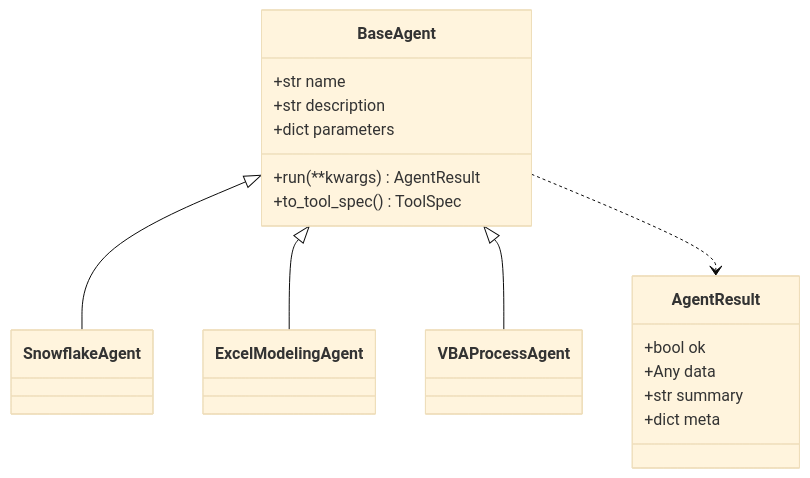
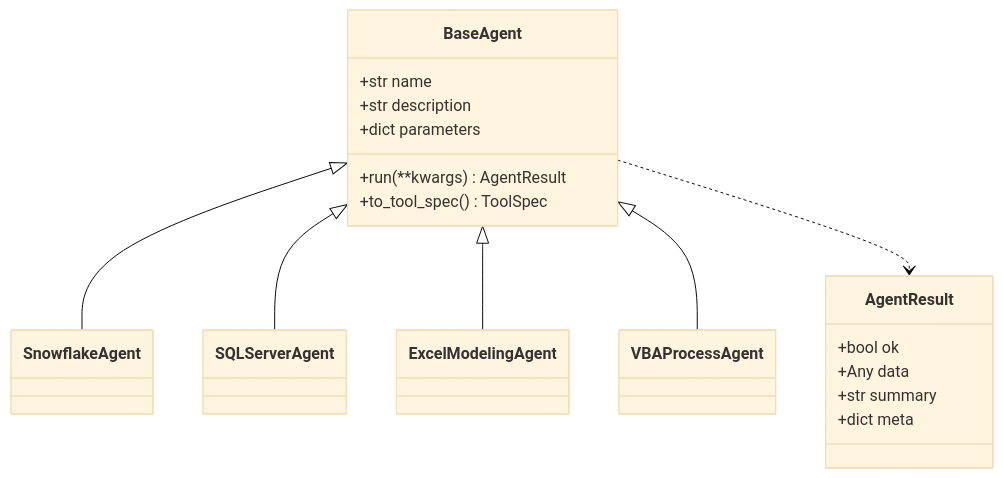
The third of 4 diagrams in ARCHITECTURE.md (kevinle-sys/Desktop-Agent), drawn with Mermaid (base theme) before and after one commit. The commit also changed other lines of this file and 15 other files, not shown here.

````diff
--- a/ARCHITECTURE.md
+++ b/ARCHITECTURE.md
@@ -100,20 +104,21 @@
 ```mermaid
 classDiagram
     class BaseAgent {
         +str name
         +str description
         +dict parameters
         +run(**kwargs) AgentResult
         +to_tool_spec() ToolSpec
     }
     class AgentResult {
         +bool ok
         +Any data
         +str summary
         +dict meta
     }
     BaseAgent <|-- SnowflakeAgent
+    BaseAgent <|-- SQLServerAgent
     BaseAgent <|-- ExcelModelingAgent
     BaseAgent <|-- VBAProcessAgent
     BaseAgent ..> AgentResult
 ```
````
